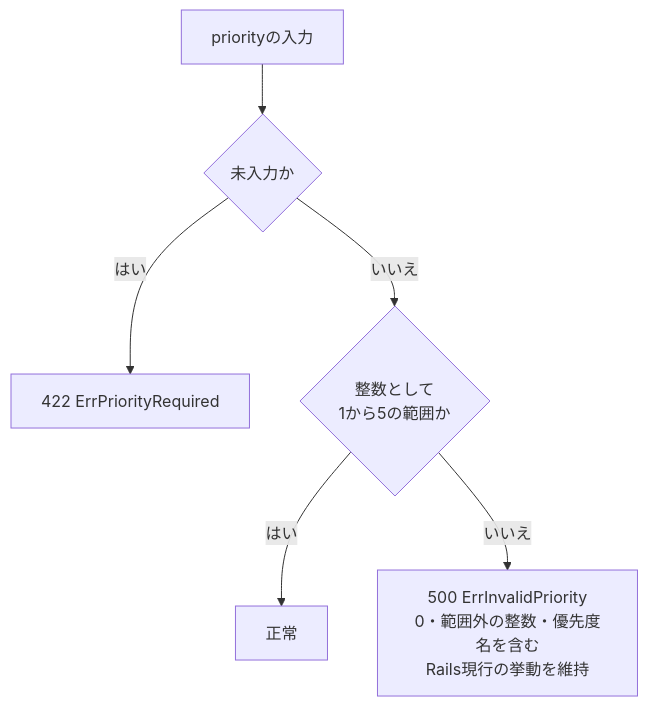
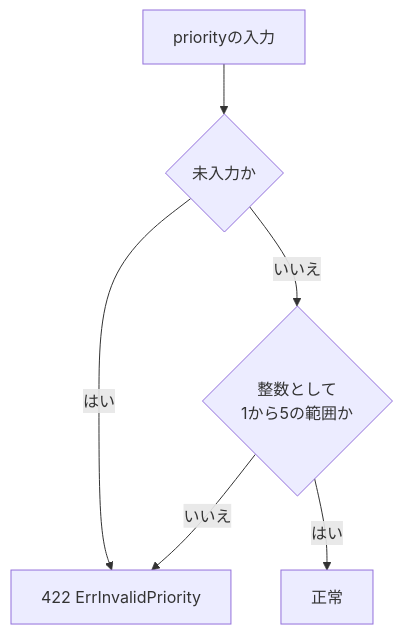
The fourth of 5 diagrams in 計画書/Go実装仕様書/タスク下書き機能_Go実装仕様書.md (yuta20253/edu-platform-go-design), drawn with Mermaid before and after one commit. The commit also changed other lines of this file and 42 other files, not shown here.

````diff
--- a/計画書/Go実装仕様書/タスク下書き機能_Go実装仕様書.md
+++ b/計画書/Go実装仕様書/タスク下書き機能_Go実装仕様書.md
@@ -398,8 +397,8 @@
 ```mermaid
 flowchart TD
     A[priorityの入力] --> B{未入力か}
     B -- はい --> E422[422 ErrPriorityRequired]
     B -- いいえ --> C{整数として<br/>1から5の範囲か}
     C -- はい --> OK[正常]
-    C -- いいえ --> E500[500 ErrInvalidPriority<br/>0・範囲外の整数・優先度名を含む<br/>Rails現行の挙動を維持]
+    C -- いいえ --> E422[422 ErrInvalidPriority]
 ```
````
